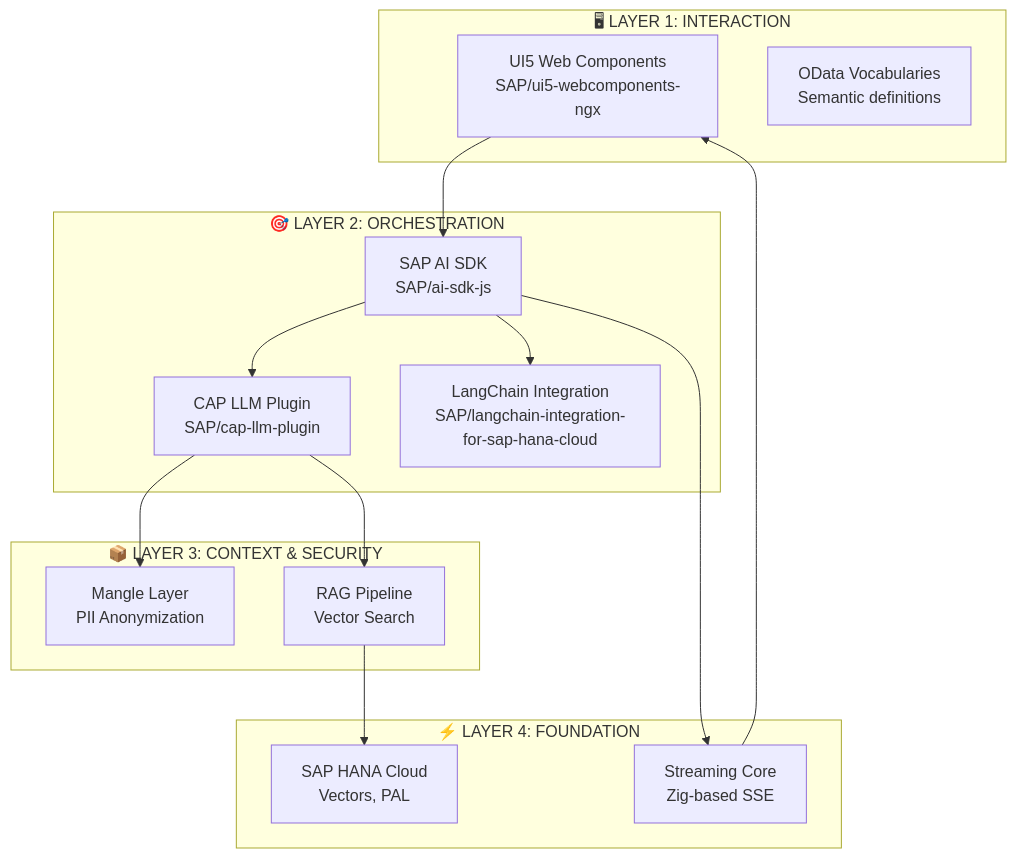
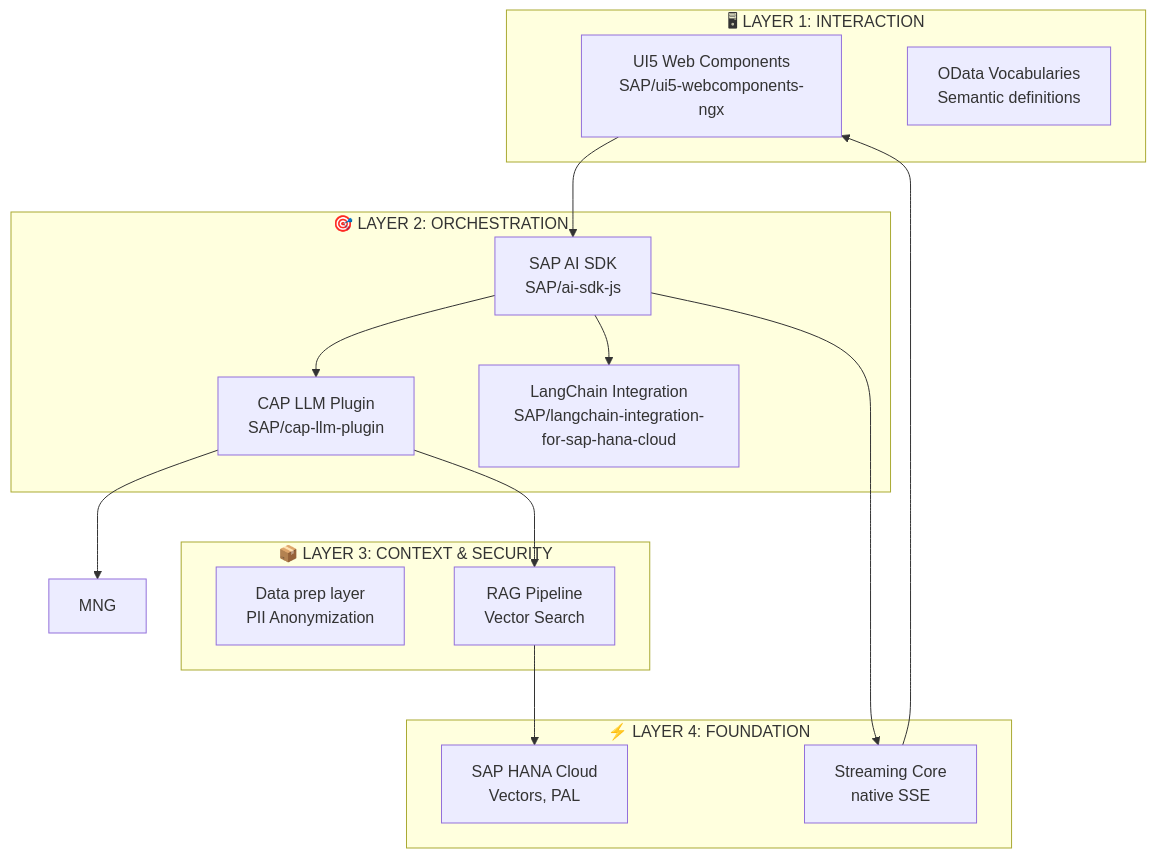
One commit to GJKarthik/sap-oss-v1 changed the first of 7 diagrams in docs/business-briefs/02-component-mapping.md. Above: the diagram before and after it, drawn with Mermaid. The commit also changed other lines of this file and 2548 other files, not shown here.

````diff
--- a/docs/business-briefs/02-component-mapping.md
+++ b/docs/business-briefs/02-component-mapping.md
@@ -22,32 +22,32 @@
 ```mermaid
 flowchart TB
     subgraph Layer1["🖥 LAYER 1: INTERACTION"]
         UI["UI5 Web Components<br/>SAP/ui5-webcomponents-ngx"]
         ODATA["OData Vocabularies<br/>Semantic definitions"]
     end
     
     subgraph Layer2["🎯 LAYER 2: ORCHESTRATION"]
         SDK["SAP AI SDK<br/>SAP/ai-sdk-js"]
         CAP["CAP LLM Plugin<br/>SAP/cap-llm-plugin"]
         LC["LangChain Integration<br/>SAP/langchain-integration-for-sap-hana-cloud"]
     end
     
     subgraph Layer3["📦 LAYER 3: CONTEXT & SECURITY"]
-        MNG["Mangle Layer<br/>PII Anonymization"]
+        DP["Data prep layer<br/>PII Anonymization"]
         RAG["RAG Pipeline<br/>Vector Search"]
     end
     
     subgraph Layer4["⚡ LAYER 4: FOUNDATION"]
-        STR["Streaming Core<br/>Zig-based SSE"]
+        STR["Streaming Core<br/>native SSE"]
         HANA["SAP HANA Cloud<br/>Vectors, PAL"]
     end
     
     UI --> SDK
     SDK --> CAP
     SDK --> LC
     CAP --> MNG
     CAP --> RAG
     RAG --> HANA
     SDK --> STR
     STR --> UI
 ```
````
